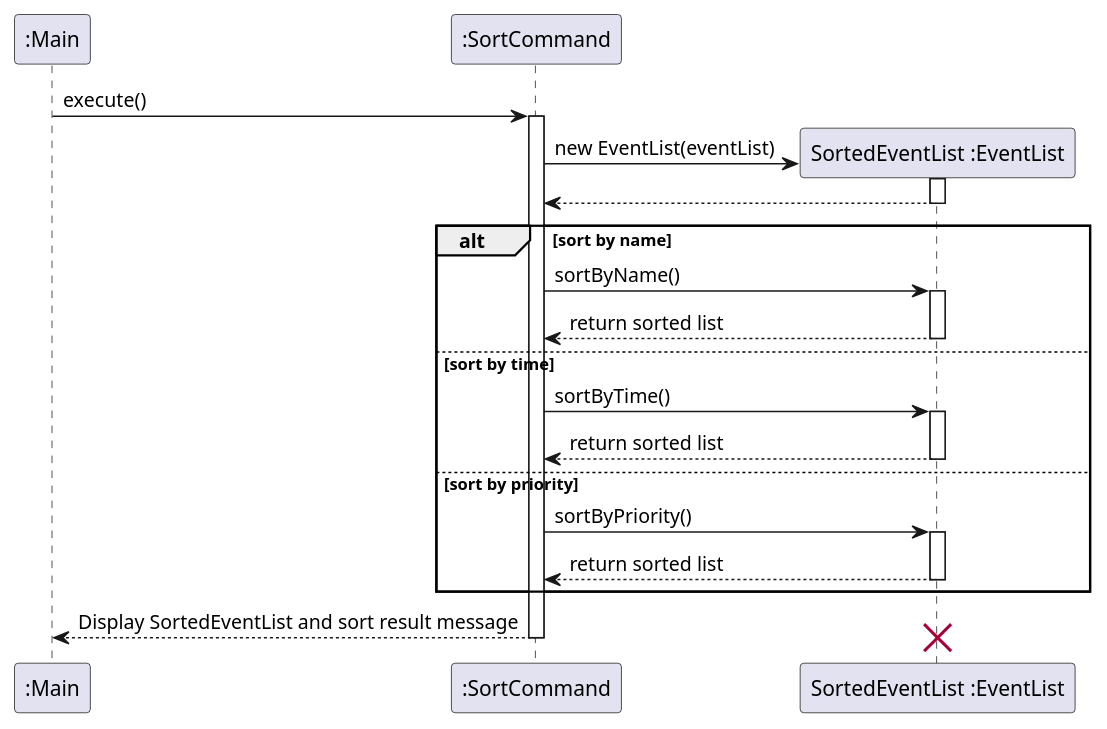
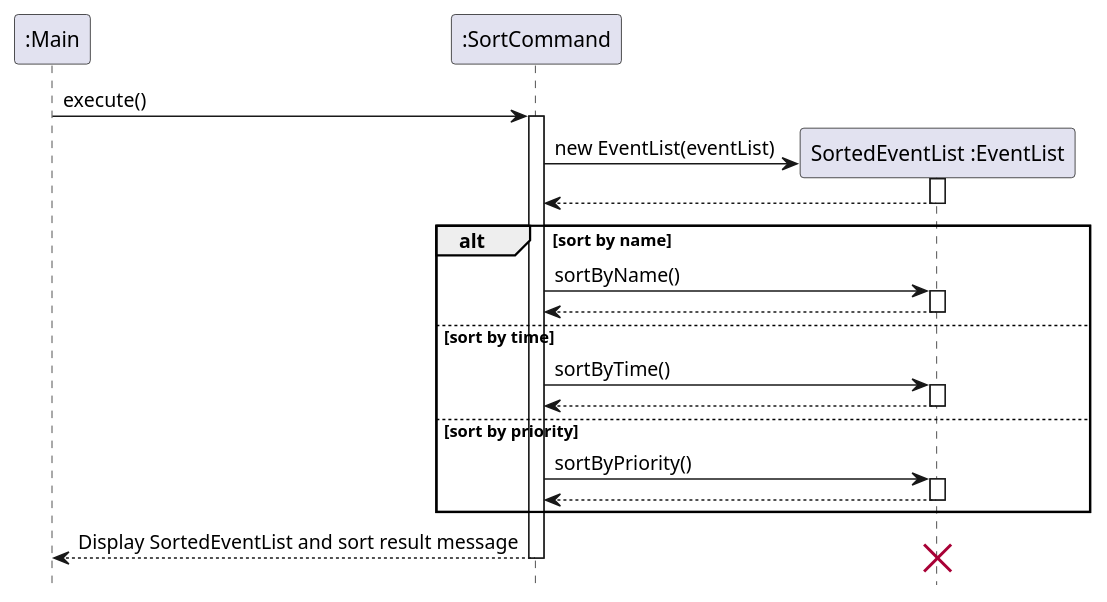
Before and after one commit to nus-cs2113-AY2425S1/tp: the diagram in docs/diagrams/SortCommandSequenceDiagram.puml, drawn with PlantUML. The commit also changed 7 other files, not shown here.

Commit message:
Fix bugs on diagrams

```diff
--- a/docs/diagrams/SortCommandSequenceDiagram.puml
+++ b/docs/diagrams/SortCommandSequenceDiagram.puml
@@ -1,36 +1,37 @@
 @startuml
+hide footbox
 participant ":Main" as Main
 participant ":SortCommand" as SC
 
 Main -> SC: execute()
 activate SC
 
 create participant "SortedEventList :EventList" as SEL
 SC -> SEL : new EventList(eventList)
 activate SEL
 SEL --> SC:
 deactivate SEL
 
 alt sort by name
     SC -> SEL: sortByName()
     activate SEL
-    SEL --> SC: return sorted list
+    SEL --> SC:
     deactivate SEL
 else sort by time
     SC -> SEL: sortByTime()
     activate SEL
-    SEL --> SC: return sorted list
+    SEL --> SC:
     deactivate SEL
 else sort by priority
     SC -> SEL: sortByPriority()
     activate SEL
-    SEL --> SC: return sorted list
+    SEL --> SC:
     deactivate SEL
 
 end alt
 
 SC --> Main: Display SortedEventList and sort result message
 deactivate SC
 destroy SEL
 
 @enduml
```
